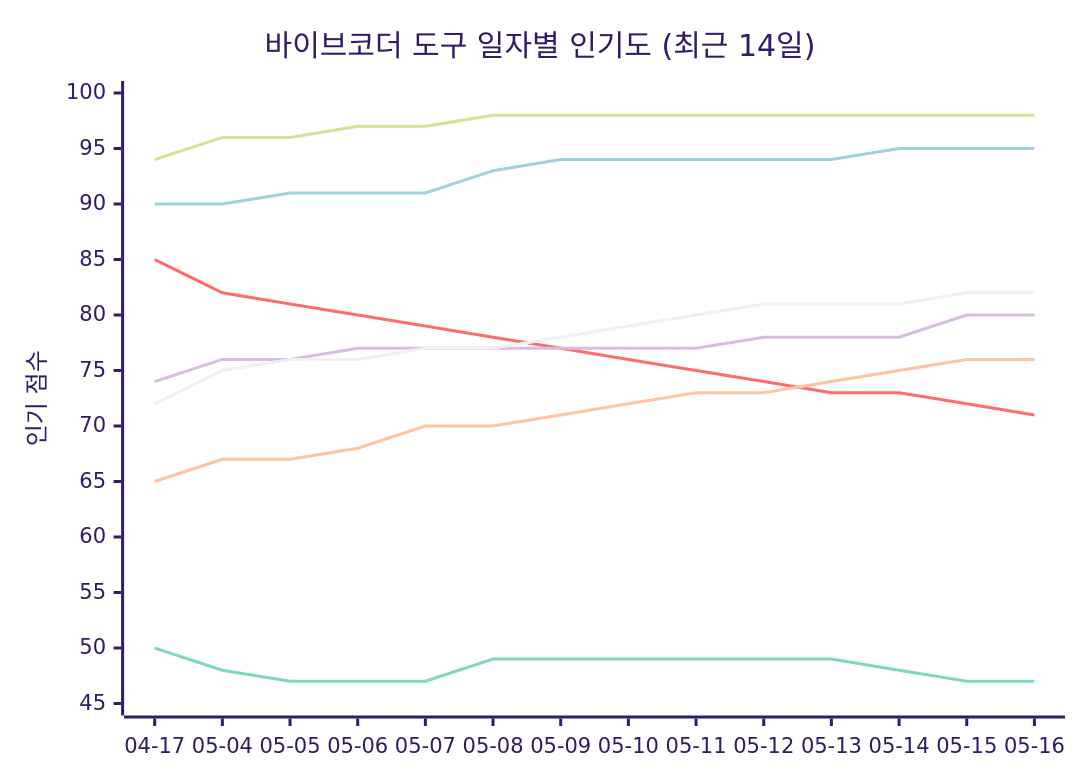
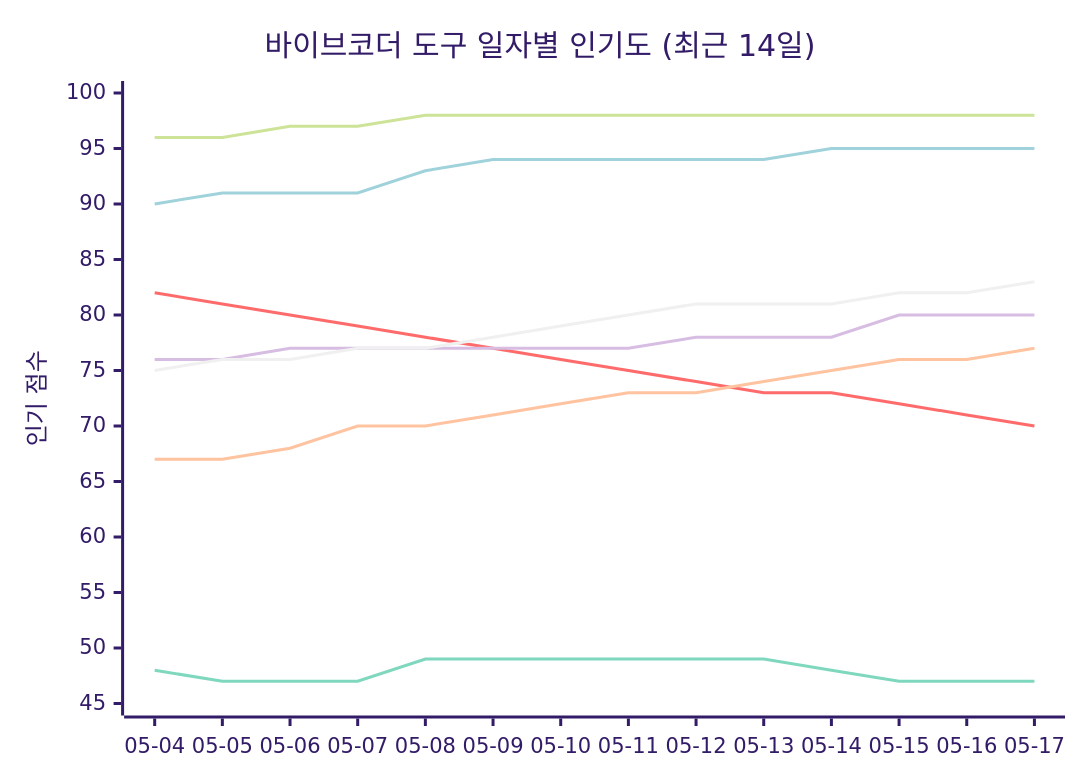
Before and after one commit to tykimos/ai-whatchelin: the seventh of 11 diagrams in README_ko.md, drawn with Mermaid (forest theme). The commit also changed other lines of this file and 4 other files, not shown here.

````diff
--- a/README_ko.md
+++ b/README_ko.md
@@ -810,13 +819,13 @@
 ```mermaid
 xychart-beta
     title "바이브코더 도구 일자별 인기도 (최근 14일)"
-    x-axis ["04-17", "05-04", "05-05", "05-06", "05-07", "05-08", "05-09", "05-10", "05-11", "05-12", "05-13", "05-14", "05-15", "05-16"]
+    x-axis ["05-04", "05-05", "05-06", "05-07", "05-08", "05-09", "05-10", "05-11", "05-12", "05-13", "05-14", "05-15", "05-16", "05-17"]
     y-axis "인기 점수" 45 --> 100
-    line "Claude Code" [94, 96, 96, 97, 97, 98, 98, 98, 98, 98, 98, 98, 98, 98]
-    line "GH Copilot" [85, 82, 81, 80, 79, 78, 77, 76, 75, 74, 73, 73, 72, 71]
-    line "Cursor" [90, 90, 91, 91, 91, 93, 94, 94, 94, 94, 94, 95, 95, 95]
-    line "Windsurf" [74, 76, 76, 77, 77, 77, 77, 77, 77, 78, 78, 78, 80, 80]
-    line "Codex CLI" [72, 75, 76, 76, 77, 77, 78, 79, 80, 81, 81, 81, 82, 82]
-    line "Gemini CLI" [65, 67, 67, 68, 70, 70, 71, 72, 73, 73, 74, 75, 76, 76]
-    line "Antigravity" [50, 48, 47, 47, 47, 49, 49, 49, 49, 49, 49, 48, 47, 47]
+    line "Claude Code" [96, 96, 97, 97, 98, 98, 98, 98, 98, 98, 98, 98, 98, 98]
+    line "GH Copilot" [82, 81, 80, 79, 78, 77, 76, 75, 74, 73, 73, 72, 71, 70]
+    line "Cursor" [90, 91, 91, 91, 93, 94, 94, 94, 94, 94, 95, 95, 95, 95]
+    line "Windsurf" [76, 76, 77, 77, 77, 77, 77, 77, 78, 78, 78, 80, 80, 80]
+    line "Codex CLI" [75, 76, 76, 77, 77, 78, 79, 80, 81, 81, 81, 82, 82, 83]
+    line "Gemini CLI" [67, 67, 68, 70, 70, 71, 72, 73, 73, 74, 75, 76, 76, 77]
+    line "Antigravity" [48, 47, 47, 47, 49, 49, 49, 49, 49, 49, 48, 47, 47, 47]
 ```
````
